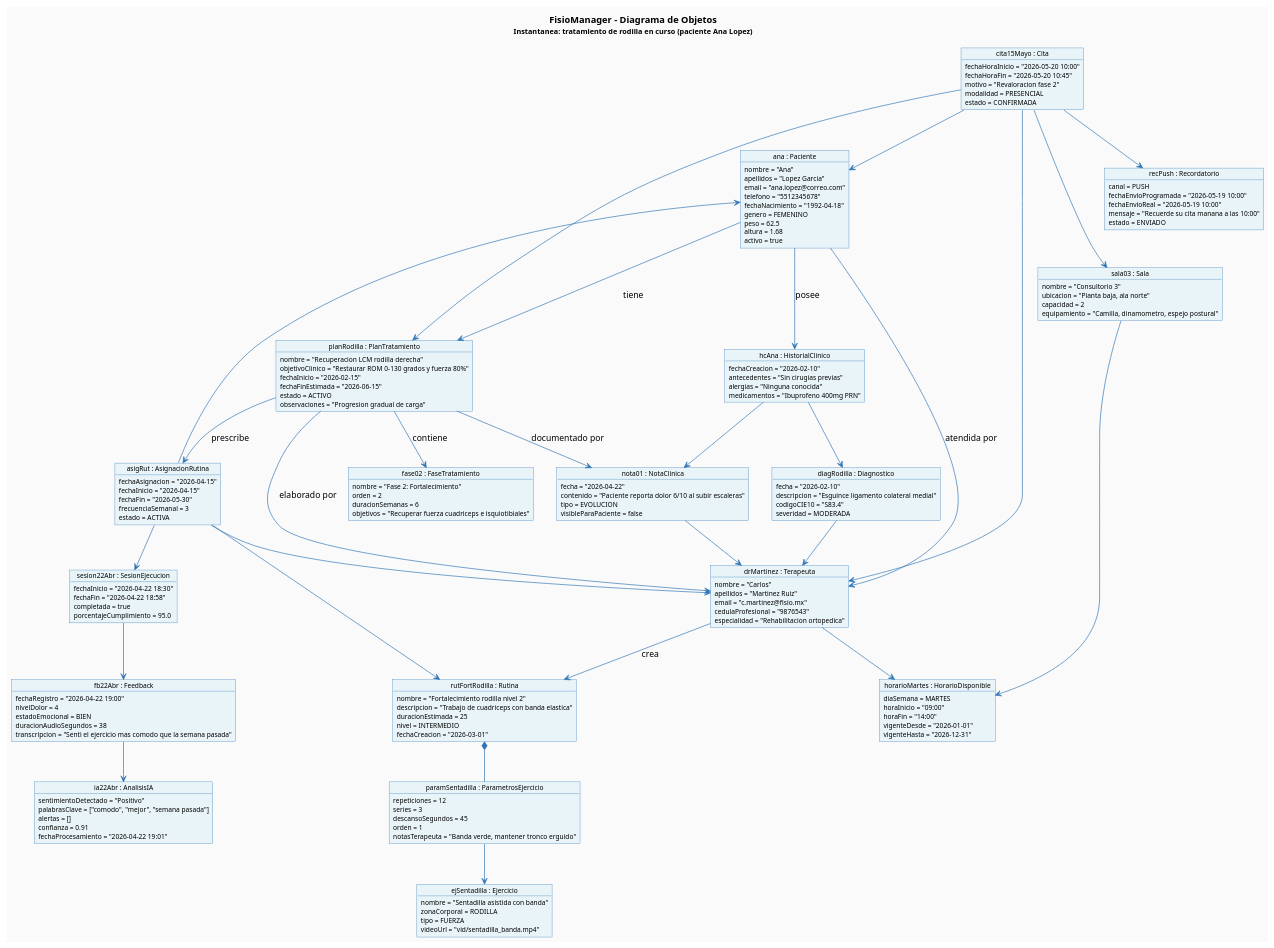
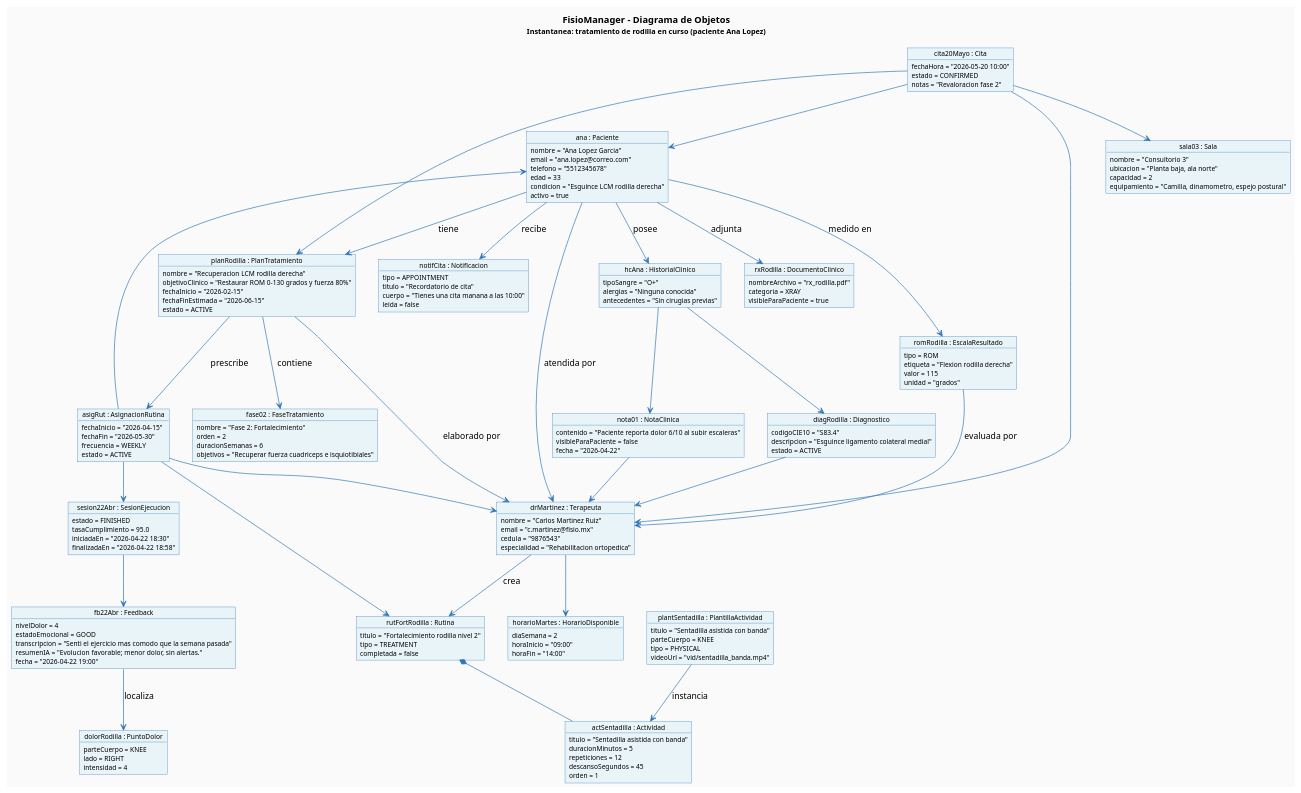
Before and after one commit to xiomj29/FisioManager-doc: the diagram in proyFisioManager/ModAnalisis/puml/07_diagrama_objetos.puml, drawn with PlantUML. The commit also changed 34 other files, not shown here.

```diff
--- a/proyFisioManager/ModAnalisis/puml/07_diagrama_objetos.puml
+++ b/proyFisioManager/ModAnalisis/puml/07_diagrama_objetos.puml
@@ -1,194 +1,189 @@
 @startuml FisioManager_DiagramaObjetos
 
 
 skinparam backgroundColor #FAFAFA
 skinparam objectBackgroundColor #E8F4F8
 skinparam objectBorderColor #2E75B6
 skinparam objectArrowColor #2E75B6
 skinparam objectFontName Arial
 skinparam objectFontSize 11
 skinparam objectAttributeFontSize 10
 
 title <b>FisioManager - Diagrama de Objetos</b>\n<size:11>Instantanea: tratamiento de rodilla en curso (paciente Ana Lopez)</size>
 
 
 object "ana : Paciente" as ana {
-    nombre = "Ana"
-    apellidos = "Lopez Garcia"
+    nombre = "Ana Lopez Garcia"
     email = "ana.lopez@correo.com"
     telefono = "5512345678"
-    fechaNacimiento = "1992-04-18"
-    genero = FEMENINO
-    peso = 62.5
-    altura = 1.68
+    edad = 33
+    condicion = "Esguince LCM rodilla derecha"
     activo = true
 }
 
 object "drMartinez : Terapeuta" as ter {
-    nombre = "Carlos"
-    apellidos = "Martinez Ruiz"
+    nombre = "Carlos Martinez Ruiz"
     email = "c.martinez@fisio.mx"
-    cedulaProfesional = "9876543"
+    cedula = "9876543"
     especialidad = "Rehabilitacion ortopedica"
 }
 
 
 object "hcAna : HistorialClinico" as hc {
-    fechaCreacion = "2026-02-10"
+    tipoSangre = "O+"
+    alergias = "Ninguna conocida"
     antecedentes = "Sin cirugias previas"
-    alergias = "Ninguna conocida"
-    medicamentos = "Ibuprofeno 400mg PRN"
 }
 
 object "diagRodilla : Diagnostico" as diag {
-    fecha = "2026-02-10"
+    codigoCIE10 = "S83.4"
     descripcion = "Esguince ligamento colateral medial"
-    codigoCIE10 = "S83.4"
-    severidad = MODERADA
+    estado = ACTIVE
 }
 
 object "nota01 : NotaClinica" as nota1 {
+    contenido = "Paciente reporta dolor 6/10 al subir escaleras"
+    visibleParaPaciente = false
     fecha = "2026-04-22"
-    contenido = "Paciente reporta dolor 6/10 al subir escaleras"
-    tipo = EVOLUCION
-    visibleParaPaciente = false
+}
+
+object "rxRodilla : DocumentoClinico" as doc {
+    nombreArchivo = "rx_rodilla.pdf"
+    categoria = XRAY
+    visibleParaPaciente = true
 }
 
 object "planRodilla : PlanTratamiento" as plan {
     nombre = "Recuperacion LCM rodilla derecha"
     objetivoClinico = "Restaurar ROM 0-130 grados y fuerza 80%"
     fechaInicio = "2026-02-15"
     fechaFinEstimada = "2026-06-15"
-    estado = ACTIVO
-    observaciones = "Progresion gradual de carga"
+    estado = ACTIVE
 }
 
 object "fase02 : FaseTratamiento" as fase {
     nombre = "Fase 2: Fortalecimiento"
     orden = 2
     duracionSemanas = 6
     objetivos = "Recuperar fuerza cuadriceps e isquiotibiales"
 }
 
 
-object "cita15Mayo : Cita" as cita {
-    fechaHoraInicio = "2026-05-20 10:00"
-    fechaHoraFin = "2026-05-20 10:45"
-    motivo = "Revaloracion fase 2"
-    modalidad = PRESENCIAL
-    estado = CONFIRMADA
+object "cita20Mayo : Cita" as cita {
+    fechaHora = "2026-05-20 10:00"
+    estado = CONFIRMED
+    notas = "Revaloracion fase 2"
 }
 
 object "sala03 : Sala" as sala {
     nombre = "Consultorio 3"
     ubicacion = "Planta baja, ala norte"
     capacidad = 2
     equipamiento = "Camilla, dinamometro, espejo postural"
 }
 
 object "horarioMartes : HorarioDisponible" as horario {
-    diaSemana = MARTES
+    diaSemana = 2
     horaInicio = "09:00"
     horaFin = "14:00"
-    vigenteDesde = "2026-01-01"
-    vigenteHasta = "2026-12-31"
 }
 
-object "recPush : Recordatorio" as rec {
-    canal = PUSH
-    fechaEnvioProgramada = "2026-05-19 10:00"
-    fechaEnvioReal = "2026-05-19 10:00"
-    mensaje = "Recuerde su cita manana a las 10:00"
-    estado = ENVIADO
+object "notifCita : Notificacion" as notif {
+    tipo = APPOINTMENT
+    titulo = "Recordatorio de cita"
+    cuerpo = "Tienes una cita manana a las 10:00"
+    leida = false
 }
 
 
 object "rutFortRodilla : Rutina" as rut {
-    nombre = "Fortalecimiento rodilla nivel 2"
-    descripcion = "Trabajo de cuadriceps con banda elastica"
-    duracionEstimada = 25
-    nivel = INTERMEDIO
-    fechaCreacion = "2026-03-01"
+    titulo = "Fortalecimiento rodilla nivel 2"
+    tipo = TREATMENT
+    completada = false
 }
 
-object "ejSentadilla : Ejercicio" as ej {
-    nombre = "Sentadilla asistida con banda"
-    zonaCorporal = RODILLA
-    tipo = FUERZA
+object "plantSentadilla : PlantillaActividad" as plant {
+    titulo = "Sentadilla asistida con banda"
+    parteCuerpo = KNEE
+    tipo = PHYSICAL
     videoUrl = "vid/sentadilla_banda.mp4"
 }
 
-object "paramSentadilla : ParametrosEjercicio" as param {
+object "actSentadilla : Actividad" as act {
+    titulo = "Sentadilla asistida con banda"
+    duracionMinutos = 5
     repeticiones = 12
-    series = 3
     descansoSegundos = 45
     orden = 1
-    notasTerapeuta = "Banda verde, mantener tronco erguido"
 }
 
 object "asigRut : AsignacionRutina" as asig {
-    fechaAsignacion = "2026-04-15"
     fechaInicio = "2026-04-15"
     fechaFin = "2026-05-30"
-    frecuenciaSemanal = 3
-    estado = ACTIVA
+    frecuencia = WEEKLY
+    estado = ACTIVE
 }
 
 
 object "sesion22Abr : SesionEjecucion" as ses {
-    fechaInicio = "2026-04-22 18:30"
-    fechaFin = "2026-04-22 18:58"
-    completada = true
-    porcentajeCumplimiento = 95.0
+    estado = FINISHED
+    tasaCumplimiento = 95.0
+    iniciadaEn = "2026-04-22 18:30"
+    finalizadaEn = "2026-04-22 18:58"
 }
 
 object "fb22Abr : Feedback" as fb {
-    fechaRegistro = "2026-04-22 19:00"
     nivelDolor = 4
-    estadoEmocional = BIEN
-    duracionAudioSegundos = 38
+    estadoEmocional = GOOD
     transcripcion = "Senti el ejercicio mas comodo que la semana pasada"
+    resumenIA = "Evolucion favorable; menor dolor, sin alertas."
+    fecha = "2026-04-22 19:00"
 }
 
-object "ia22Abr : AnalisisIA" as ia {
-    sentimientoDetectado = "Positivo"
-    palabrasClave = ["comodo", "mejor", "semana pasada"]
-    alertas = []
-    confianza = 0.91
-    fechaProcesamiento = "2026-04-22 19:01"
+object "dolorRodilla : PuntoDolor" as dolor {
+    parteCuerpo = KNEE
+    lado = RIGHT
+    intensidad = 4
+}
+
+object "romRodilla : EscalaResultado" as escala {
+    tipo = ROM
+    etiqueta = "Flexion rodilla derecha"
+    valor = 115
+    unidad = "grados"
 }
 
 
 ana --> ter : atendida por
 ana --> hc : posee
 hc --> diag
 hc --> nota1
+ana --> doc : adjunta
 diag --> ter
 nota1 --> ter
 
 ana --> plan : tiene
 plan --> ter : elaborado por
 plan --> fase : contiene
-plan --> nota1 : documentado por
 plan --> asig : prescribe
 
 cita --> ana
 cita --> ter
 cita --> sala
-cita --> rec
 cita --> plan
 ter --> horario
-sala --> horario
+ana --> notif : recibe
 
 ter --> rut : crea
-rut *-- param
-param --> ej
-
+plant --> act : instancia
+rut *-- act
 asig --> rut
 asig --> ana
 asig --> ter
 asig --> ses
 ses --> fb
-fb --> ia
+fb --> dolor : localiza
+ana --> escala : medido en
+escala --> ter : evaluada por
 
 @enduml
```
